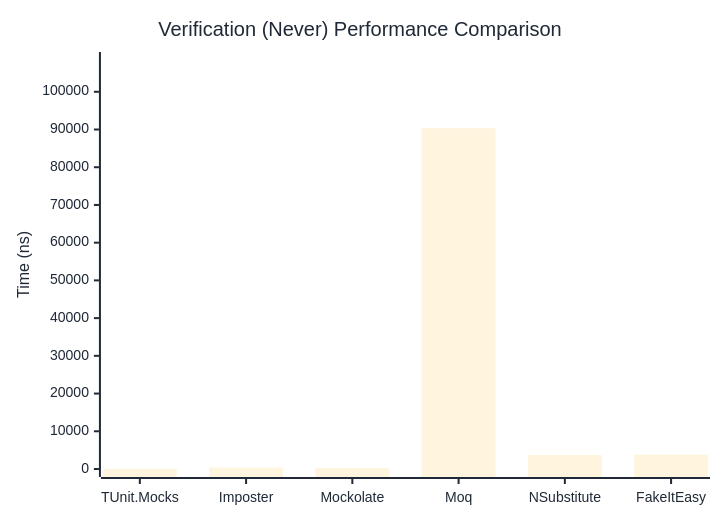
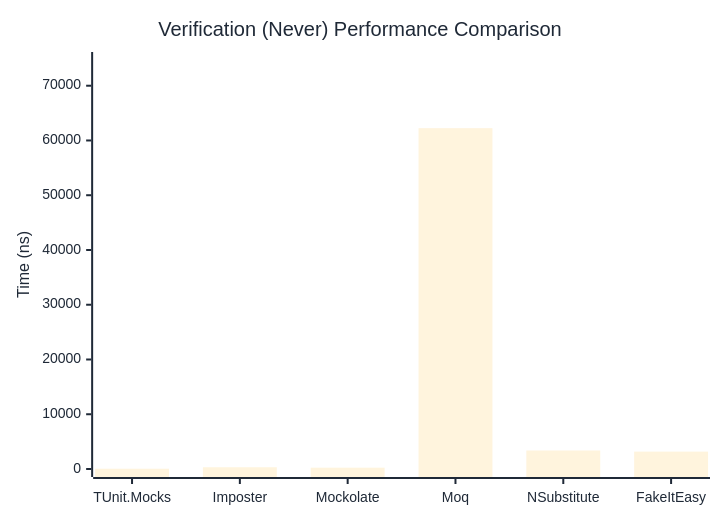
The second of 3 diagrams in docs/docs/benchmarks/mocks/Verification.md (thomhurst/TUnit), drawn with Mermaid before and after one commit. The commit also changed other lines of this file and 14 other files, not shown here.

````diff
--- a/docs/docs/benchmarks/mocks/Verification.md
+++ b/docs/docs/benchmarks/mocks/Verification.md
@@ -69,27 +69,27 @@
 ```mermaid
 %%{init: {
   'theme':'base',
   'themeVariables': {
     'primaryColor': '#2563eb',
     'primaryTextColor': '#1f2937',
     'primaryBorderColor': '#1e40af',
     'lineColor': '#6b7280',
     'secondaryColor': '#7c3aed',
     'tertiaryColor': '#dc2626',
     'background': '#ffffff',
     'pie1': '#2563eb',
     'pie2': '#7c3aed',
     'pie3': '#dc2626',
     'pie4': '#f59e0b',
     'pie5': '#10b981',
     'pie6': '#06b6d4',
     'pie7': '#ec4899',
     'pie8': '#6366f1'
   }
 }}%%
 xychart-beta
   title "Verification (Never) Performance Comparison"
   x-axis ["TUnit.Mocks", "Imposter", "Mockolate", "Moq", "NSubstitute", "FakeItEasy"]
-  y-axis "Time (ns)" 0 --> 108426
-  bar [50.25, 357.21, 263.61, 90354.61, 3723.91, 3799.59]
+  y-axis "Time (ns)" 0 --> 74697
+  bar [51.21, 319.2, 241.86, 62247.47, 3379.45, 3176.04]
 ```
````
